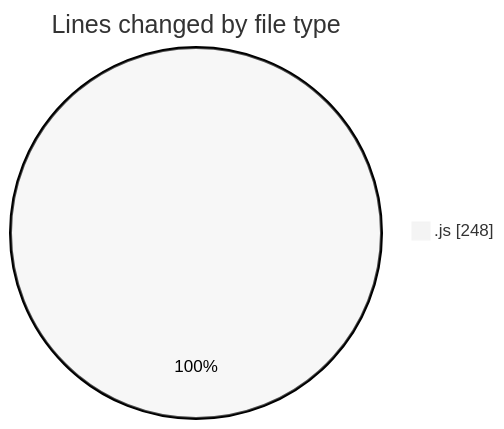
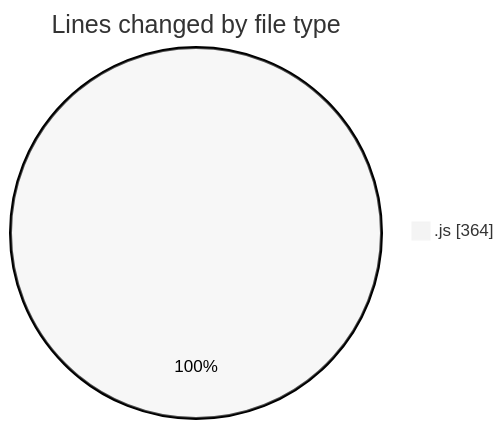
Before and after one commit to nxtqubesakshisongat/code-tracking: the first of 2 diagrams in 2025-06-19/nxtqube_webapp/README.md, drawn with Mermaid (neutral theme). The commit also changed other lines of this file and 1 other file, not shown here.

````diff
--- a/2025-06-19/nxtqube_webapp/README.md
+++ b/2025-06-19/nxtqube_webapp/README.md
@@ -25,5 +26,5 @@
 ```mermaid
 pie showData
 title Lines changed by file type
-".js" : 248
+".js" : 364
 ```
````
